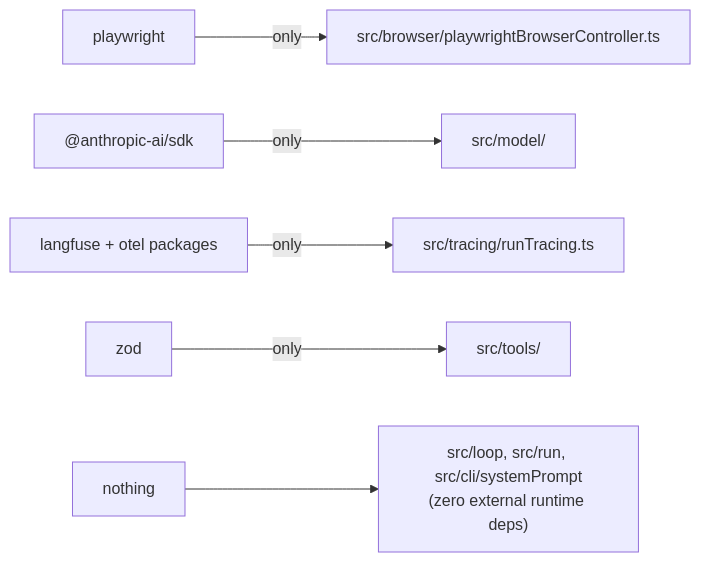
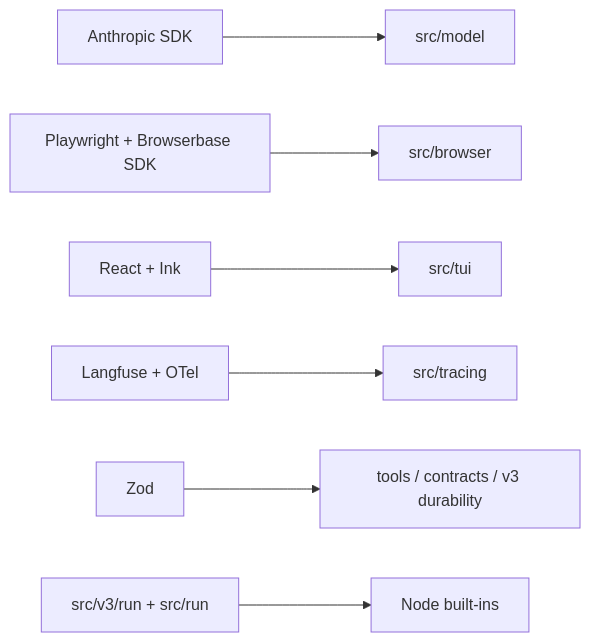
Before and after one commit to briosolivares/evidence-collection-agent: the diagram in .agents/summary/dependencies.md, drawn with Mermaid. The commit also changed other lines of this file and 23 other files, not shown here.

Commit message:
docs: consolidate v3 architecture guidance

````diff
--- a/.agents/summary/dependencies.md
+++ b/.agents/summary/dependencies.md
@@ -30,8 +33,9 @@
 ```mermaid
 graph LR
-    PW["playwright"] -->|only| A["src/browser/playwrightBrowserController.ts"]
-    SDK["@anthropic-ai/sdk"] -->|only| M["src/model/"]
-    LF["langfuse + otel packages"] -->|only| T["src/tracing/runTracing.ts"]
-    Z["zod"] -->|only| TOOLS["src/tools/"]
-    N["nothing"] --> LOOP["src/loop, src/run, src/cli/systemPrompt\n(zero external runtime deps)"]
+    SDK["Anthropic SDK"] --> MODEL["src/model"]
+    PW["Playwright + Browserbase SDK"] --> BROWSER["src/browser"]
+    UI["React + Ink"] --> TUI["src/tui"]
+    OBS["Langfuse + OTel"] --> TRACE["src/tracing"]
+    ZOD["Zod"] --> SCHEMAS["tools / contracts / v3 durability"]
+    CORE["src/v3/run + src/run"] --> NODE["Node built-ins"]
 ```
````
